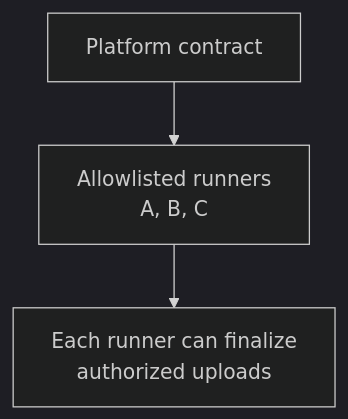
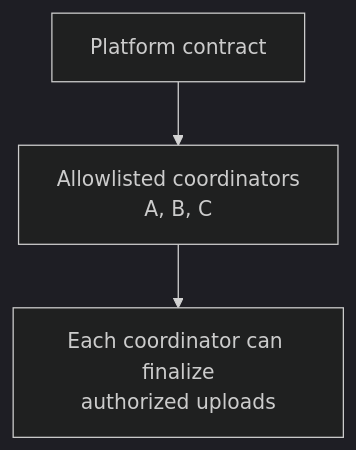
Before and after one commit to FIL-Builders/foc-platform: diagram 13 of 20 in spec.md, drawn with Mermaid (dark theme). The commit also changed other lines of this file, not shown here.

Commit message:
Replace runner terminology with coordinator

````diff
--- a/spec.md
+++ b/spec.md
@@ -1052,9 +1052,9 @@
 ```mermaid
 flowchart TD
   contract["Platform contract"]
-  runners["Allowlisted runners<br/>A, B, C"]
-  finalize["Each runner can finalize<br/>authorized uploads"]
+  coordinators["Allowlisted coordinators<br/>A, B, C"]
+  finalize["Each coordinator can finalize<br/>authorized uploads"]
 
-  contract --> runners
-  runners --> finalize
+  contract --> coordinators
+  coordinators --> finalize
 ```
````
